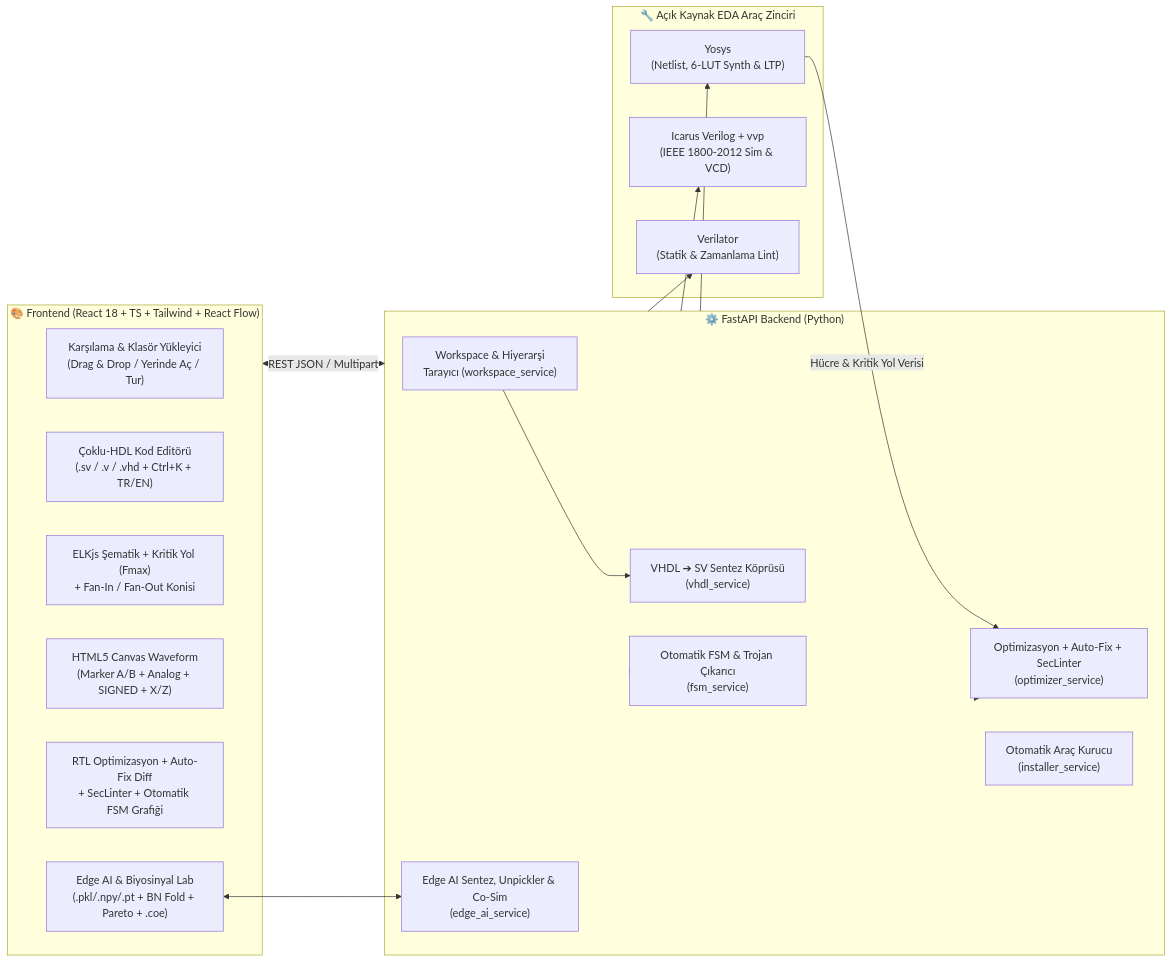
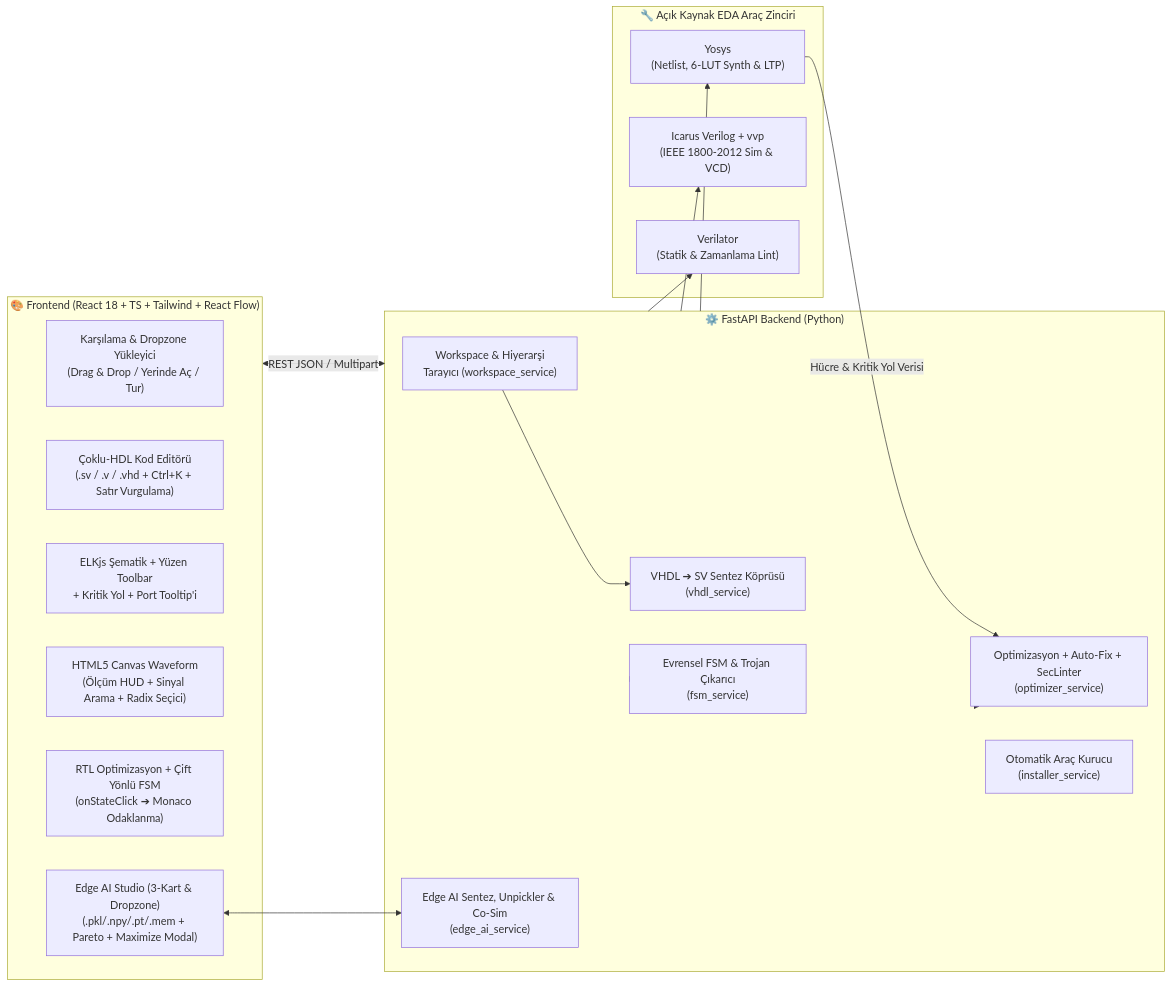
One commit to YigitEXP/CircuitVR changed the diagram in README.md. Above: the diagram before and after it, drawn with Mermaid. The commit also changed other lines of this file, not shown here.

````diff
--- a/README.md
+++ b/README.md
@@ -43,33 +73,33 @@
 ```mermaid
 flowchart LR
     subgraph UI["🎨 Frontend (React 18 + TS + Tailwind + React Flow)"]
-        W["Karşılama & Klasör Yükleyici\n(Drag & Drop / Yerinde Aç / Tur)"]
-        E["Çoklu-HDL Kod Editörü\n(.sv / .v / .vhd + Ctrl+K + TR/EN)"]
-        S["ELKjs Şematik + Kritik Yol (Fmax)\n+ Fan-In / Fan-Out Konisi"]
-        V["HTML5 Canvas Waveform\n(Marker A/B + Analog + SIGNED + X/Z)"]
-        A["RTL Optimizasyon + Auto-Fix Diff\n+ SecLinter + Otomatik FSM Grafiği"]
-        AI["Edge AI & Biyosinyal Lab\n(.pkl/.npy/.pt + BN Fold + Pareto + .coe)"]
+        W["Karşılama & Dropzone Yükleyici\n(Drag & Drop / Yerinde Aç / Tur)"]
+        E["Çoklu-HDL Kod Editörü\n(.sv / .v / .vhd + Ctrl+K + Satır Vurgulama)"]
+        S["ELKjs Şematik + Yüzen Toolbar\n+ Kritik Yol + Port Tooltip'i"]
+        V["HTML5 Canvas Waveform\n(Ölçüm HUD + Sinyal Arama + Radix Seçici)"]
+        A["RTL Optimizasyon + Çift Yönlü FSM\n(onStateClick ➔ Monaco Odaklanma)"]
+        AI["Edge AI Studio (3-Kart & Dropzone)\n(.pkl/.npy/.pt/.mem + Pareto + Maximize Modal)"]
     end
 
     subgraph API["⚙️ FastAPI Backend (Python)"]
         WS["Workspace & Hiyerarşi\nTarayıcı (workspace_service)"]
         VH["VHDL ➔ SV Sentez Köprüsü\n(vhdl_service)"]
         OP["Optimizasyon + Auto-Fix + SecLinter\n(optimizer_service)"]
-        FS["Otomatik FSM & Trojan Çıkarıcı\n(fsm_service)"]
+        FS["Evrensel FSM & Trojan Çıkarıcı\n(fsm_service)"]
         EA["Edge AI Sentez, Unpickler & Co-Sim\n(edge_ai_service)"]
         IN["Otomatik Araç Kurucu\n(installer_service)"]
     end
 
     subgraph EDA["🔧 Açık Kaynak EDA Araç Zinciri"]
         YO["Yosys\n(Netlist, 6-LUT Synth & LTP)"]
         IV["Icarus Verilog + vvp\n(IEEE 1800-2012 Sim & VCD)"]
         VL["Verilator\n(Statik & Zamanlama Lint)"]
     end
 
     UI <-->|REST JSON / Multipart| API
     WS --> VH
     AI <--> EA
     API --> FS & OP
     API --> YO & IV & VL
     YO -->|Hücre & Kritik Yol Verisi| OP
 ```
````
